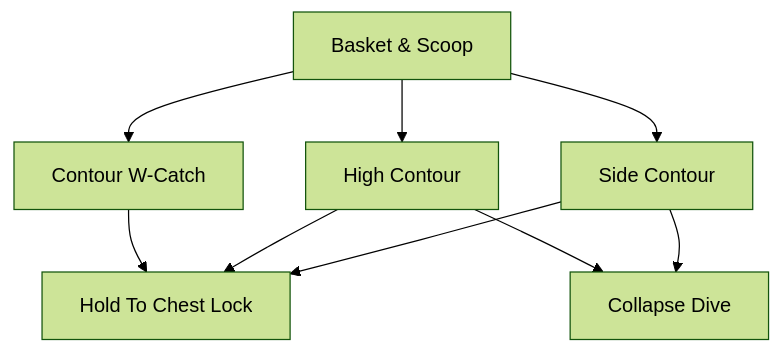
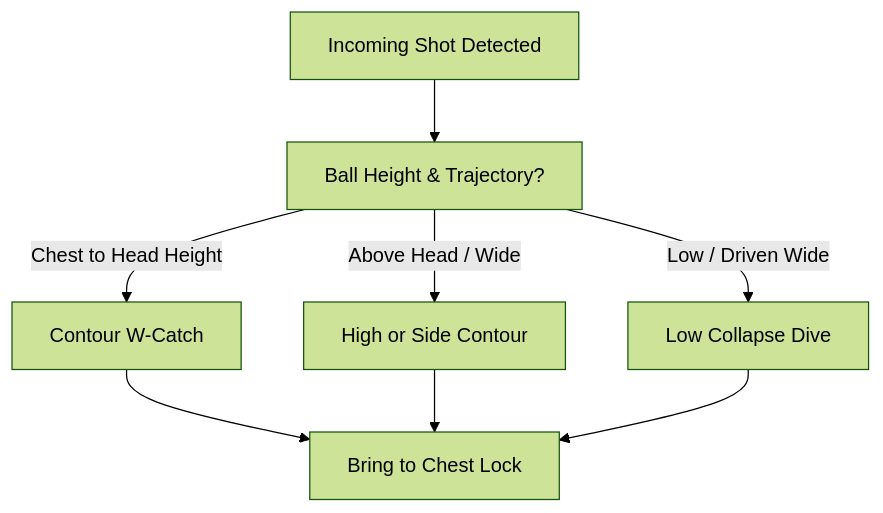
Before and after one commit to charlesjnichols/keeper-academy: the diagram in src/content/docs/ages-9-12/04-technical-catching.mdx, drawn with Mermaid (forest theme). The commit also changed other lines of this file and 50 other files, not shown here.

````diff
--- a/src/content/docs/ages-9-12/04-technical-catching.mdx
+++ b/src/content/docs/ages-9-12/04-technical-catching.mdx
@@ -20,11 +52,10 @@
 ```mermaid
 flowchart TD
-    A[Basket & Scoop] --> B[Contour W-Catch]
-    A --> C[High Contour]
-    A --> D[Side Contour]
-    C --> E[Collapse Dive]
-    D --> E
-    B --> F[Hold To Chest Lock]
-    C --> F
+    A[Incoming Shot Detected] --> B["Ball Height & Trajectory?"]
+    B -->|Chest to Head Height| C[Contour W-Catch]
+    B -->|Above Head / Wide| D[High or Side Contour]
+    B -->|Low / Driven Wide| E[Low Collapse Dive]
+    C --> F[Bring to Chest Lock]
     D --> F
+    E --> F
 ```
````
